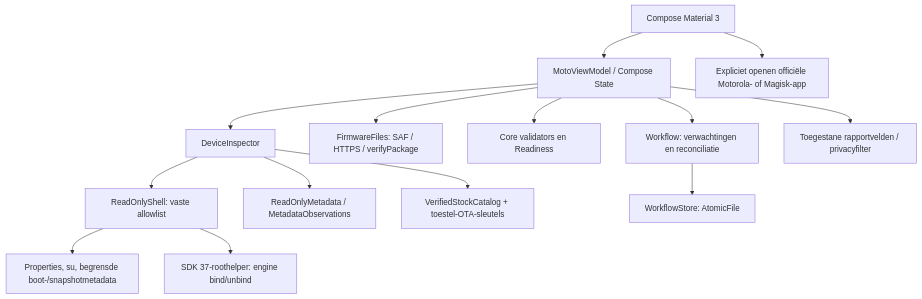
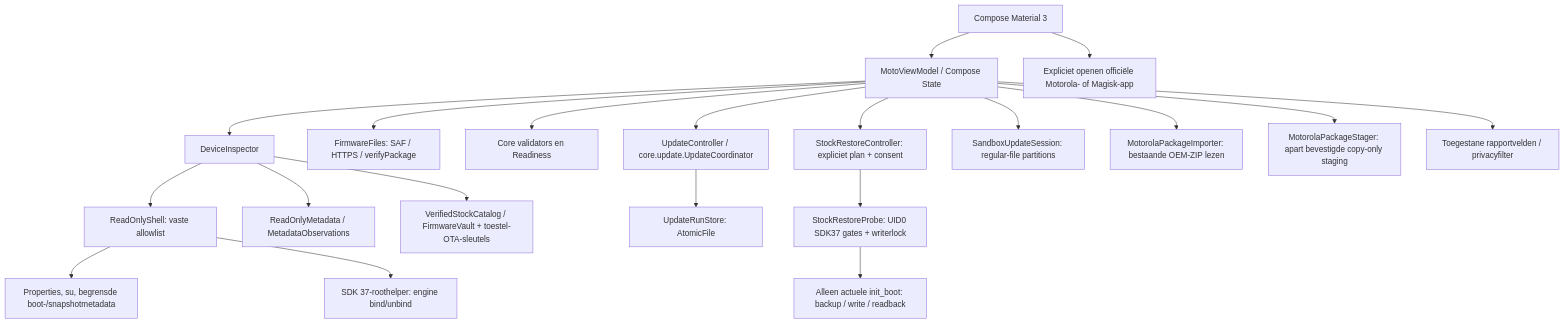
Before and after one commit to JustMLC4real/moto-ota-manager: the diagram in docs/ARCHITECTURE.md, drawn with Mermaid. The commit also changed other lines of this file and 157 other files, not shown here.

Commit message:
Complete guarded OTA workflow, downloads, monitoring and stock provenance with 480 passing tests

````diff
--- a/docs/ARCHITECTURE.md
+++ b/docs/ARCHITECTURE.md
@@ -7,16 +7,22 @@
 ```mermaid
 flowchart TD
     UI[Compose Material 3] --> VM[MotoViewModel / Compose State]
     VM --> DI[DeviceInspector]
     DI --> SH[ReadOnlyShell: vaste allowlist]
     SH --> OS[Properties, su, begrensde boot-/snapshotmetadata]
     SH --> RP[SDK 37-roothelper: engine bind/unbind]
     DI --> MD[ReadOnlyMetadata / MetadataObservations]
-    DI --> SC[VerifiedStockCatalog + toestel-OTA-sleutels]
+    DI --> SC[VerifiedStockCatalog / FirmwareVault + toestel-OTA-sleutels]
     VM --> FF[FirmwareFiles: SAF / HTTPS / verifyPackage]
     VM --> CORE[Core validators en Readiness]
-    VM --> WF[Workflow: verwachtingen en reconciliatie]
-    WF --> STORE[WorkflowStore: AtomicFile]
+    VM --> WF[UpdateController / core.update.UpdateCoordinator]
+    WF --> STORE[UpdateRunStore: AtomicFile]
+    VM --> RESTORE[StockRestoreController: expliciet plan + consent]
+    RESTORE --> HELPER[StockRestoreProbe: UID0 SDK37 gates + writerlock]
+    HELPER --> PART[Alleen actuele init_boot: backup / write / readback]
+    VM --> SIM[SandboxUpdateSession: regular-file partitions]
+    VM --> IMPORT[MotorolaPackageImporter: bestaande OEM-ZIP lezen]
+    VM --> STAGE[MotorolaPackageStager: apart bevestigde copy-only staging]
     VM --> EXPORT[Toegestane rapportvelden / privacyfilter]
     UI --> APPS[Expliciet openen officiële Motorola- of Magisk-app]
 ```
````
